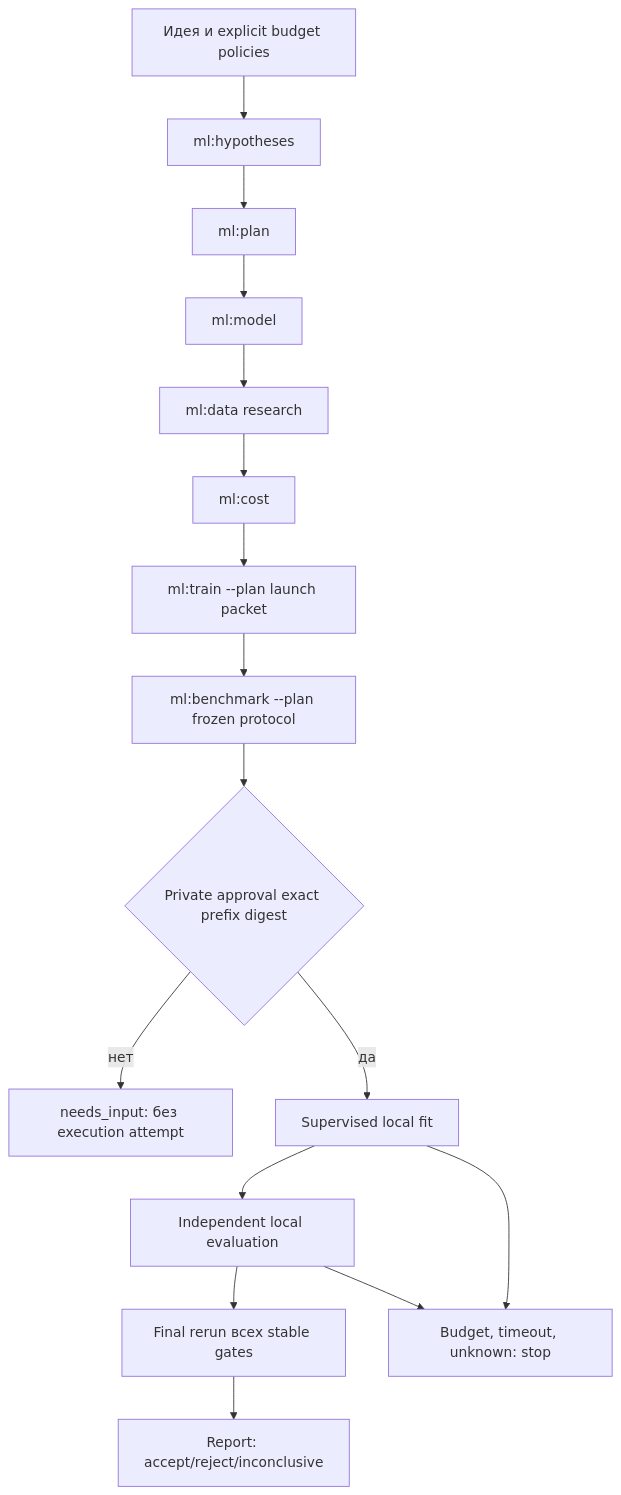
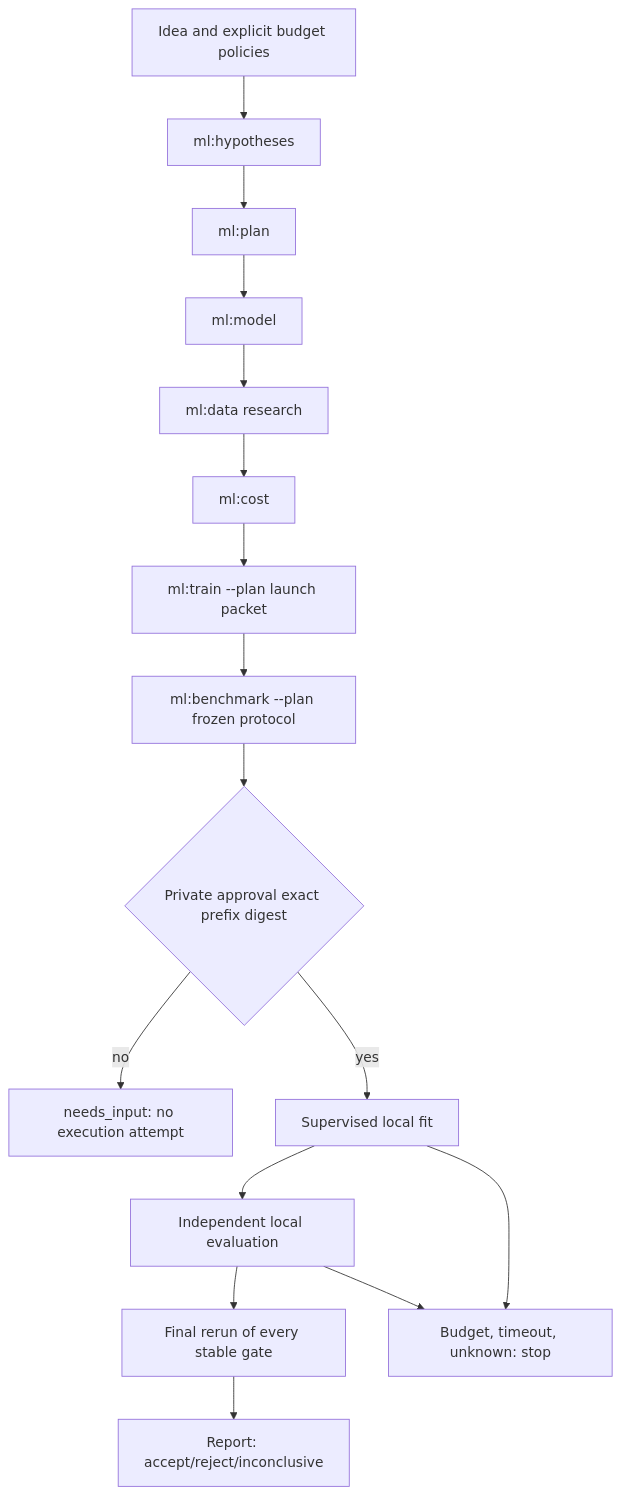
One commit to zxc0zxc0zxc/palarran-framework changed the diagram in docs/ml/pipeline.md. Above: the diagram before and after it, drawn with Mermaid. The commit also changed other lines of this file and 783 other files, not shown here.

````diff
--- a/docs/ml/pipeline.md
+++ b/docs/ml/pipeline.md
@@ -7,18 +7,18 @@
 ```mermaid
 flowchart TD
-    I[Идея и explicit budget policies] --> H[ml:hypotheses]
+    I[Idea and explicit budget policies] --> H[ml:hypotheses]
     H --> P[ml:plan]
     P --> M[ml:model]
     M --> D[ml:data research]
     D --> C[ml:cost]
     C --> T[ml:train --plan launch packet]
     T --> B[ml:benchmark --plan frozen protocol]
     B --> A{Private approval exact prefix digest}
-    A -->|нет| N[needs_input: без execution attempt]
-    A -->|да| F[Supervised local fit]
+    A -->|no| N[needs_input: no execution attempt]
+    A -->|yes| F[Supervised local fit]
     F --> E[Independent local evaluation]
-    E --> V[Final rerun всех stable gates]
+    E --> V[Final rerun of every stable gate]
     V --> R[Report: accept/reject/inconclusive]
     F --> X[Budget, timeout, unknown: stop]
     E --> X
 ```
````
